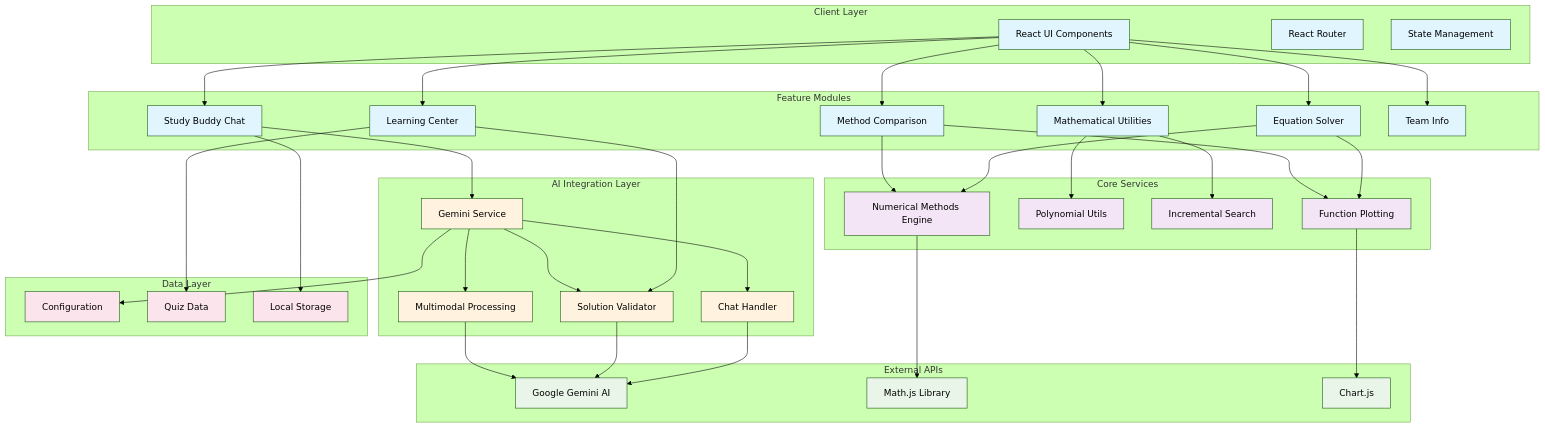
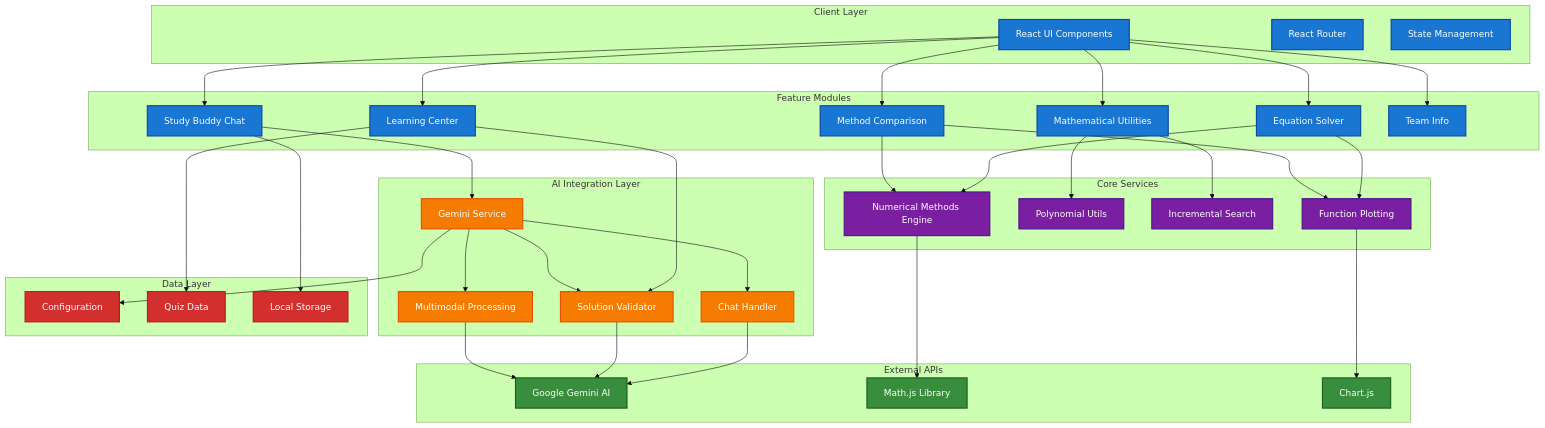
The first of 4 diagrams in README.md (Asik-Ifthaker-Hamim/AI_Enhanced_Web_Platform_for_Visualizing_Root_Finding_Algorithms), drawn with Mermaid (forest theme) before and after one commit. The commit also changed other lines of this file, not shown here.

```diff
--- a/README.md
+++ b/README.md
@@ -169,11 +175,11 @@
     LC --> Quiz
     SB --> Local
     
-    classDef frontend fill:#e1f5fe
-    classDef service fill:#f3e5f5
-    classDef ai fill:#fff3e0
-    classDef external fill:#e8f5e8
-    classDef data fill:#fce4ec
+    classDef frontend fill:#1976d2,stroke:#0d47a1,stroke-width:2px,color:#ffffff
+    classDef service fill:#7b1fa2,stroke:#4a148c,stroke-width:2px,color:#ffffff
+    classDef ai fill:#f57c00,stroke:#e65100,stroke-width:2px,color:#ffffff
+    classDef external fill:#388e3c,stroke:#1b5e20,stroke-width:2px,color:#ffffff
+    classDef data fill:#d32f2f,stroke:#b71c1c,stroke-width:2px,color:#ffffff
     
     class UI,Router,State,ES,MC,LC,SB,UT,TI frontend
     class NM,PU,IS,FP service
```
